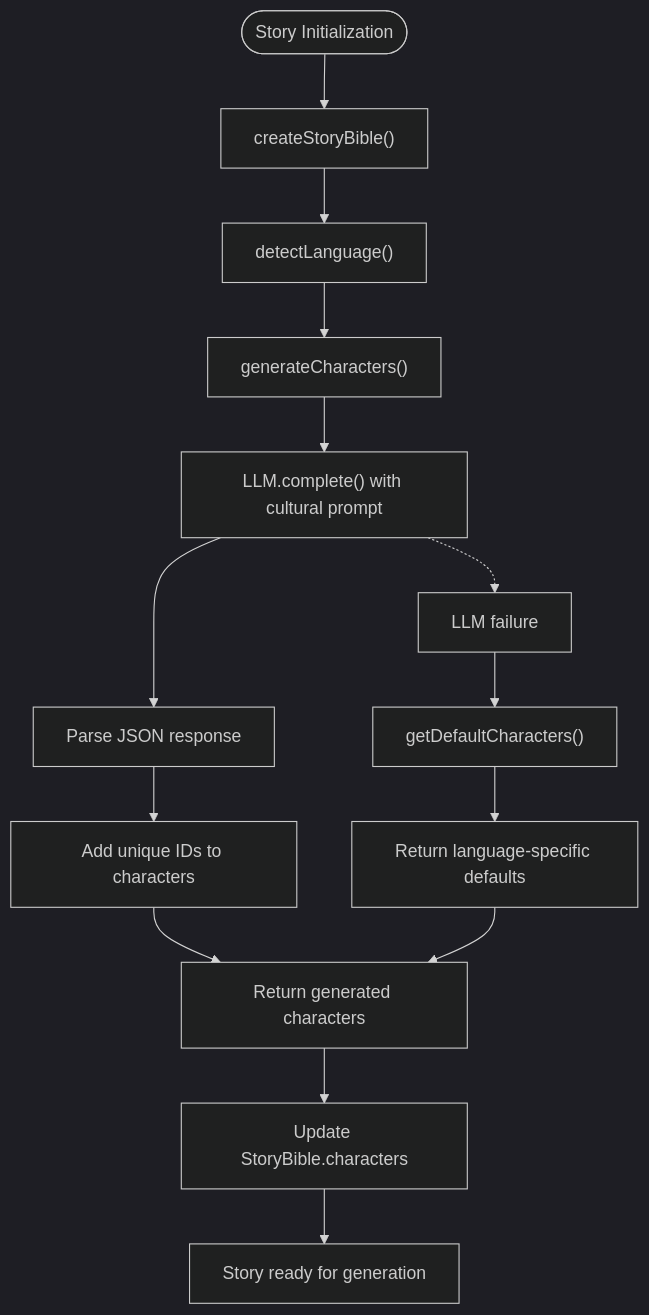
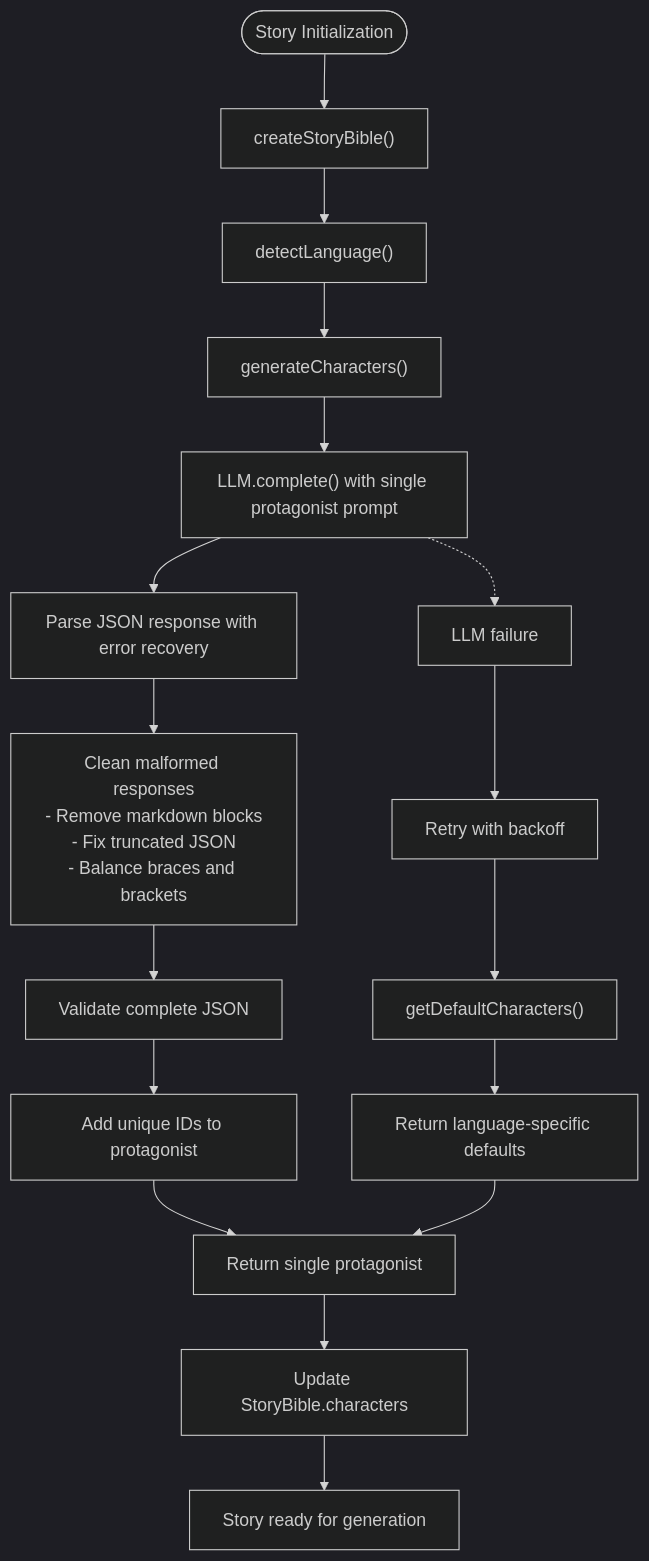
The fifth of 16 diagrams in .qoder/repowiki/en/content/Story Management System/Story Bible Management.md (liwonder/NARRITIVE_OS), drawn with Mermaid (dark theme) before and after one commit. The commit also changed other lines of this file and 15 other files, not shown here.

````diff
--- a/.qoder/repowiki/en/content/Story Management System/Story Bible Management.md
+++ b/.qoder/repowiki/en/content/Story Management System/Story Bible Management.md
@@ -278,16 +293,19 @@
 ```mermaid
 flowchart TD
 Init(["Story Initialization"]) --> CreateBible["createStoryBible()"]
 CreateBible --> DetectLang["detectLanguage()"]
-DetectLang --> GenerateChars["generateCharacters()"]
-GenerateChars --> LLMCall["LLM.complete() with cultural prompt"]
-LLMCall --> ParseJSON["Parse JSON response"]
-ParseJSON --> AddIDs["Add unique IDs to characters"]
-AddIDs --> Success["Return generated characters"]
+DetectLang --> GenerateProtagonist["generateCharacters()"]
+GenerateProtagonist --> LLMCall["LLM.complete() with single protagonist prompt"]
+LLMCall --> ParseJSON["Parse JSON response with error recovery"]
+ParseJSON --> CleanResponse["Clean malformed responses<br/>- Remove markdown blocks<br/>- Fix truncated JSON<br/>- Balance braces and brackets"]
+CleanResponse --> ValidateJSON["Validate complete JSON"]
+ValidateJSON --> AddIDs["Add unique IDs to protagonist"]
+AddIDs --> Success["Return single protagonist"]
 LLMCall -.-> Error["LLM failure"]
-Error --> Fallback["getDefaultCharacters()"]
+Error --> Retry["Retry with backoff"]
+Retry --> Fallback["getDefaultCharacters()"]
 Fallback --> DefaultChars["Return language-specific defaults"]
 DefaultChars --> Success
 Success --> UpdateBible["Update StoryBible.characters"]
 UpdateBible --> Ready["Story ready for generation"]
 ```
````
